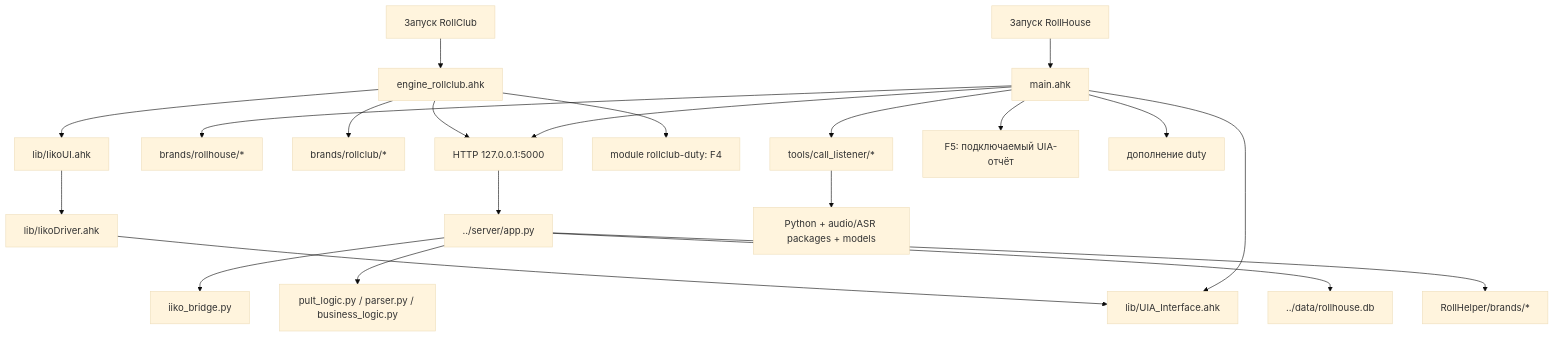
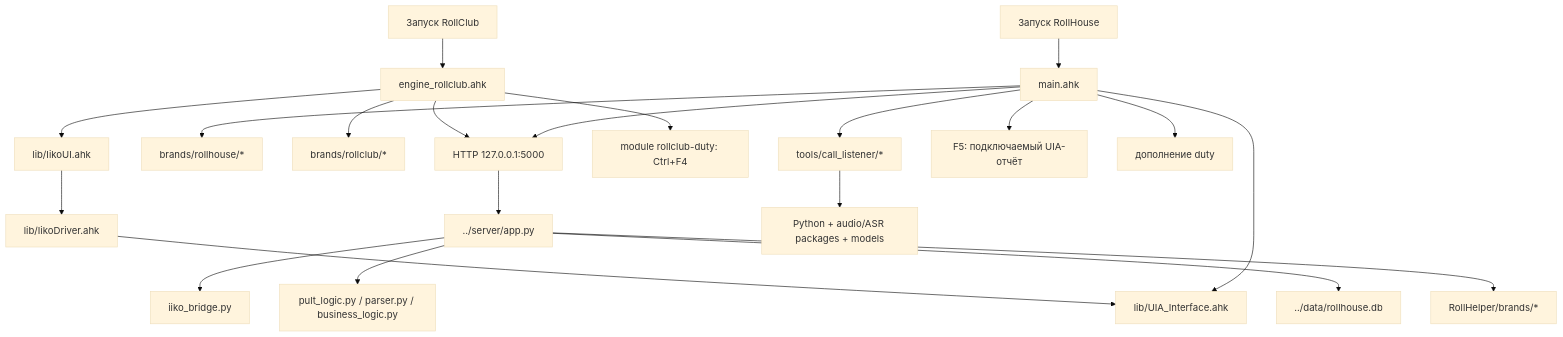
Before and after one commit to voffkazxc/RollHelper: the diagram in docs/ARCHITECTURE_DECOMPOSITION.md, drawn with Mermaid (base theme). The commit also changed other lines of this file and 12 other files, not shown here.

````diff
--- a/docs/ARCHITECTURE_DECOMPOSITION.md
+++ b/docs/ARCHITECTURE_DECOMPOSITION.md
@@ -62,28 +62,28 @@
 ```mermaid
 flowchart TD
     StartRH["Запуск RollHouse"] --> RH["main.ahk"]
     StartRC["Запуск RollClub"] --> RC["engine_rollclub.ahk"]
 
     RH --> UIABase["lib/UIA_Interface.ahk"]
     RC --> IikoUI["lib/IikoUI.ahk"]
     IikoUI --> Driver["lib/IikoDriver.ahk"]
     Driver --> UIABase
 
     RH --> RHConfig["brands/rollhouse/*"]
     RC --> RCConfig["brands/rollclub/*"]
 
     RH --> Http["HTTP 127.0.0.1:5000"]
     RC --> Http
     Http --> Server["../server/app.py"]
     Server --> Bridge["iiko_bridge.py"]
     Server --> Logic["pult_logic.py / parser.py / business_logic.py"]
     Server --> DB["../data/rollhouse.db"]
     Server --> BrandConfigs["RollHelper/brands/*"]
 
-    RC --> RCDuty["module rollclub-duty: F4"]
+    RC --> RCDuty["module rollclub-duty: Ctrl+F4"]
 
     RH --> Calls["tools/call_listener/*"]
     Calls --> PyAudio["Python + audio/ASR packages + models"]
     RH --> Report["F5: подключаемый UIA-отчёт"]
     RH --> Duty["дополнение duty"]
 ```
````
